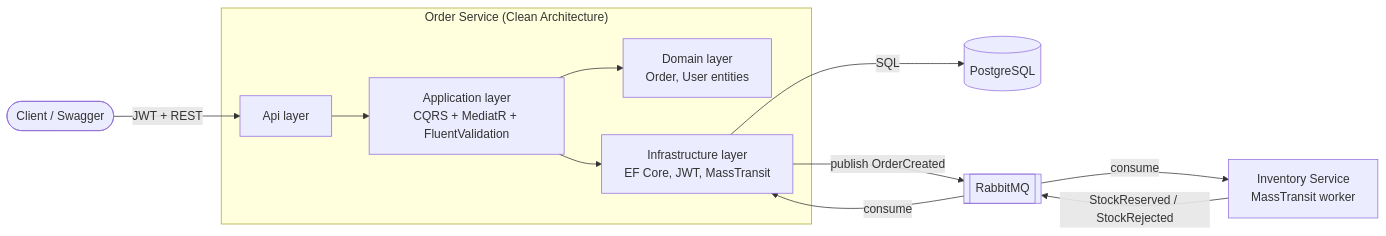
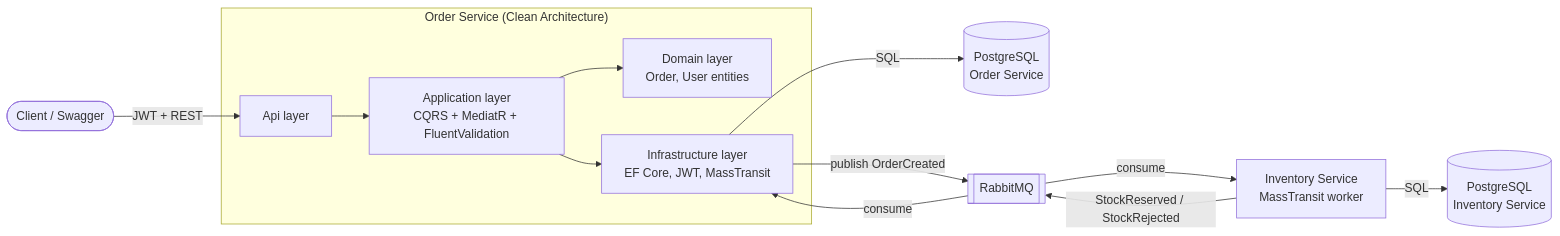
The diagram in README.md (Walidso/OrderFlow), drawn with Mermaid before and after one commit. The commit also changed other lines of this file and 25 other files, not shown here.

First line of the commit message:
Give Inventory Service its own persistent Postgres database

````diff
--- a/README.md
+++ b/README.md
@@ -11,16 +11,17 @@
 ```mermaid
 flowchart LR
     Client([Client / Swagger]) -->|"JWT + REST"| API
 
     subgraph OrderService["Order Service (Clean Architecture)"]
         API[Api layer] --> APP[Application layer<br/>CQRS + MediatR + FluentValidation]
         APP --> DOM[Domain layer<br/>Order, User entities]
         APP --> INF[Infrastructure layer<br/>EF Core, JWT, MassTransit]
     end
 
-    INF -->|SQL| PG[(PostgreSQL)]
+    INF -->|SQL| PG[(PostgreSQL<br/>Order Service)]
     INF -->|"publish OrderCreated"| MQ[[RabbitMQ]]
     MQ -->|consume| INV[Inventory Service<br/>MassTransit worker]
+    INV -->|SQL| PG2[(PostgreSQL<br/>Inventory Service)]
     INV -->|"StockReserved / StockRejected"| MQ
     MQ -->|consume| INF
 ```
````
